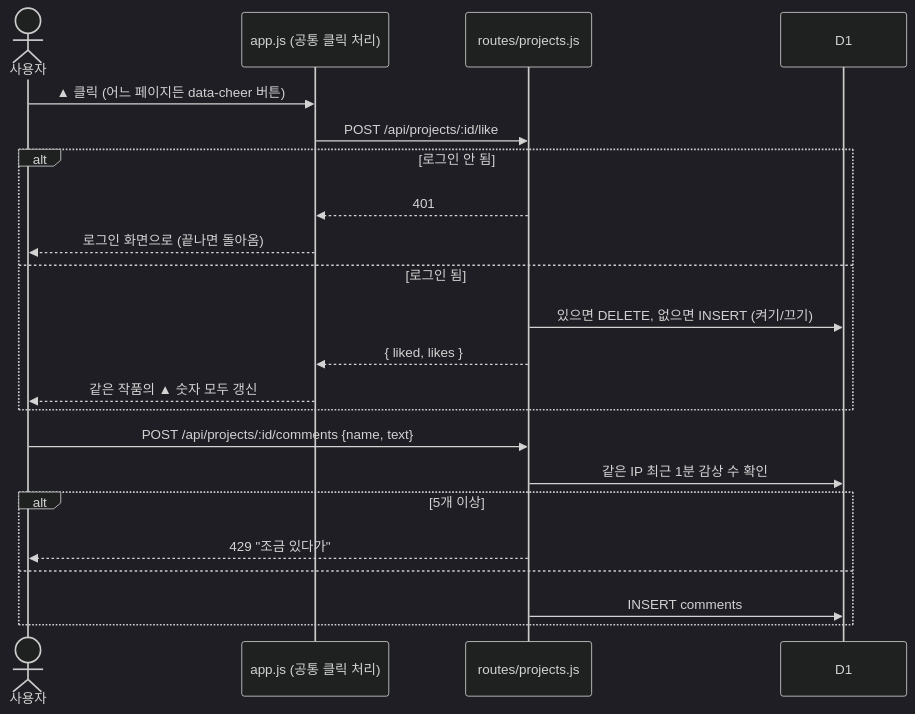
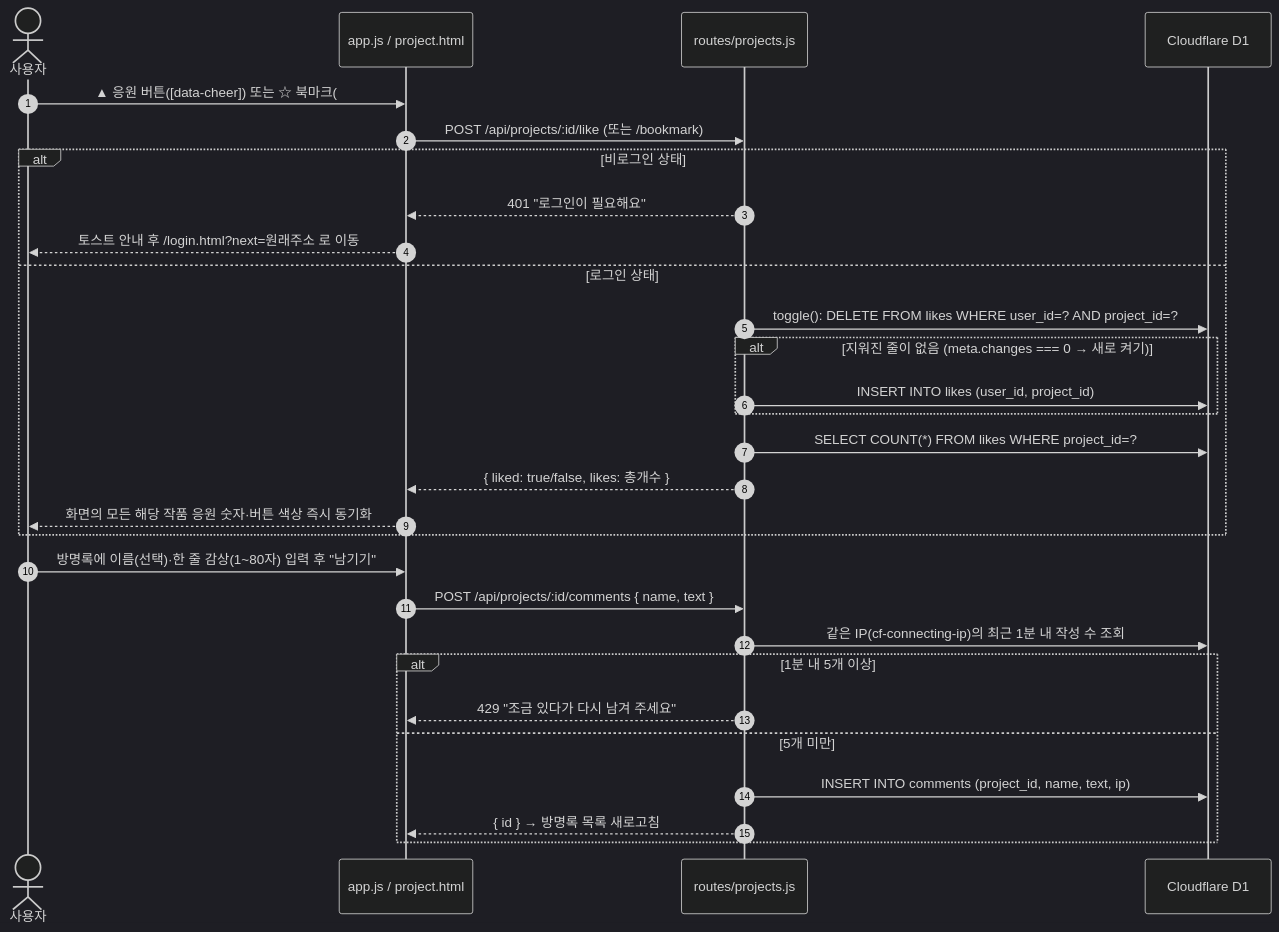
The fifth of 9 diagrams in docs/WORKFLOW.md (10x4hs/p-art), drawn with Mermaid (dark theme) before and after one commit. The commit also changed other lines of this file and 24 other files, not shown here.

First line of the commit message:
docs: add full line-by-line beginner comments across all project files

````diff
--- a/docs/WORKFLOW.md
+++ b/docs/WORKFLOW.md
@@ -138,26 +160,33 @@
 ```mermaid
 sequenceDiagram
+  autonumber
   actor U as 사용자
-  participant APP as app.js (공통 클릭 처리)
+  participant J as app.js / project.html
   participant P as routes/projects.js
-  participant DB as D1
+  participant DB as Cloudflare D1
 
-  U->>APP: ▲ 클릭 (어느 페이지든 data-cheer 버튼)
-  APP->>P: POST /api/projects/:id/like
-  alt 로그인 안 됨
-    P-->>APP: 401
-    APP-->>U: 로그인 화면으로 (끝나면 돌아옴)
-  else 로그인 됨
-    P->>DB: 있으면 DELETE, 없으면 INSERT (켜기/끄기)
-    P-->>APP: { liked, likes }
-    APP-->>U: 같은 작품의 ▲ 숫자 모두 갱신
+  U->>J: ▲ 응원 버튼([data-cheer]) 또는 ☆ 북마크(#bm) 클릭
+  J->>P: POST /api/projects/:id/like (또는 /bookmark)
+  alt 비로그인 상태
+    P-->>J: 401 "로그인이 필요해요"
+    J-->>U: 토스트 안내 후 /login.html?next=원래주소 로 이동
+  else 로그인 상태
+    P->>DB: toggle(): DELETE FROM likes WHERE user_id=? AND project_id=?
+    alt 지워진 줄이 없음 (meta.changes === 0 → 새로 켜기)
+      P->>DB: INSERT INTO likes (user_id, project_id)
+    end
+    P->>DB: SELECT COUNT(*) FROM likes WHERE project_id=?
+    P-->>J: { liked: true/false, likes: 총개수 }
+    J-->>U: 화면의 모든 해당 작품 응원 숫자·버튼 색상 즉시 동기화
   end
 
-  U->>P: POST /api/projects/:id/comments {name, text}
-  P->>DB: 같은 IP 최근 1분 감상 수 확인
-  alt 5개 이상
-    P-->>U: 429 "조금 있다가"
-  else
-    P->>DB: INSERT comments
+  U->>J: 방명록에 이름(선택)·한 줄 감상(1~80자) 입력 후 "남기기"
+  J->>P: POST /api/projects/:id/comments { name, text }
+  P->>DB: 같은 IP(cf-connecting-ip)의 최근 1분 내 작성 수 조회
+  alt 1분 내 5개 이상
+    P-->>J: 429 "조금 있다가 다시 남겨 주세요"
+  else 5개 미만
+    P->>DB: INSERT INTO comments (project_id, name, text, ip)
+    P-->>J: { id } → 방명록 목록 새로고침
   end
 ```
````
